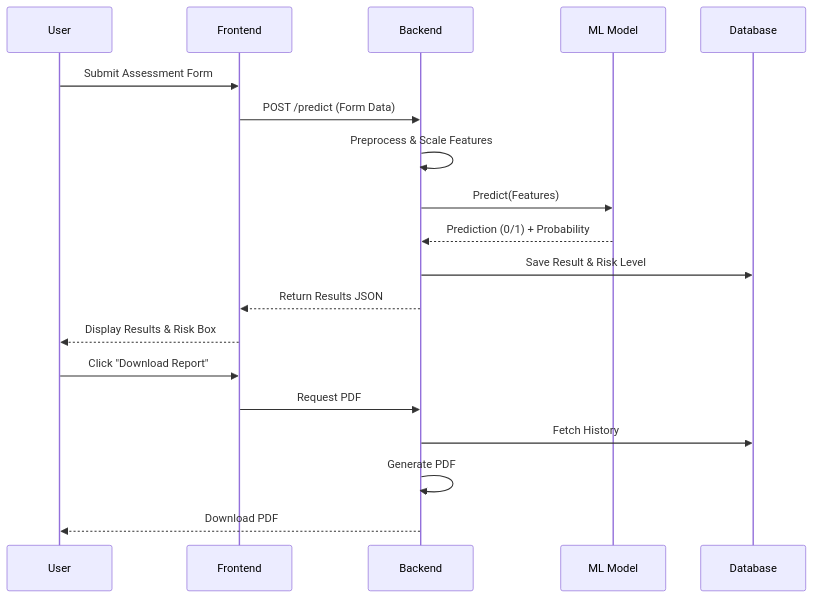
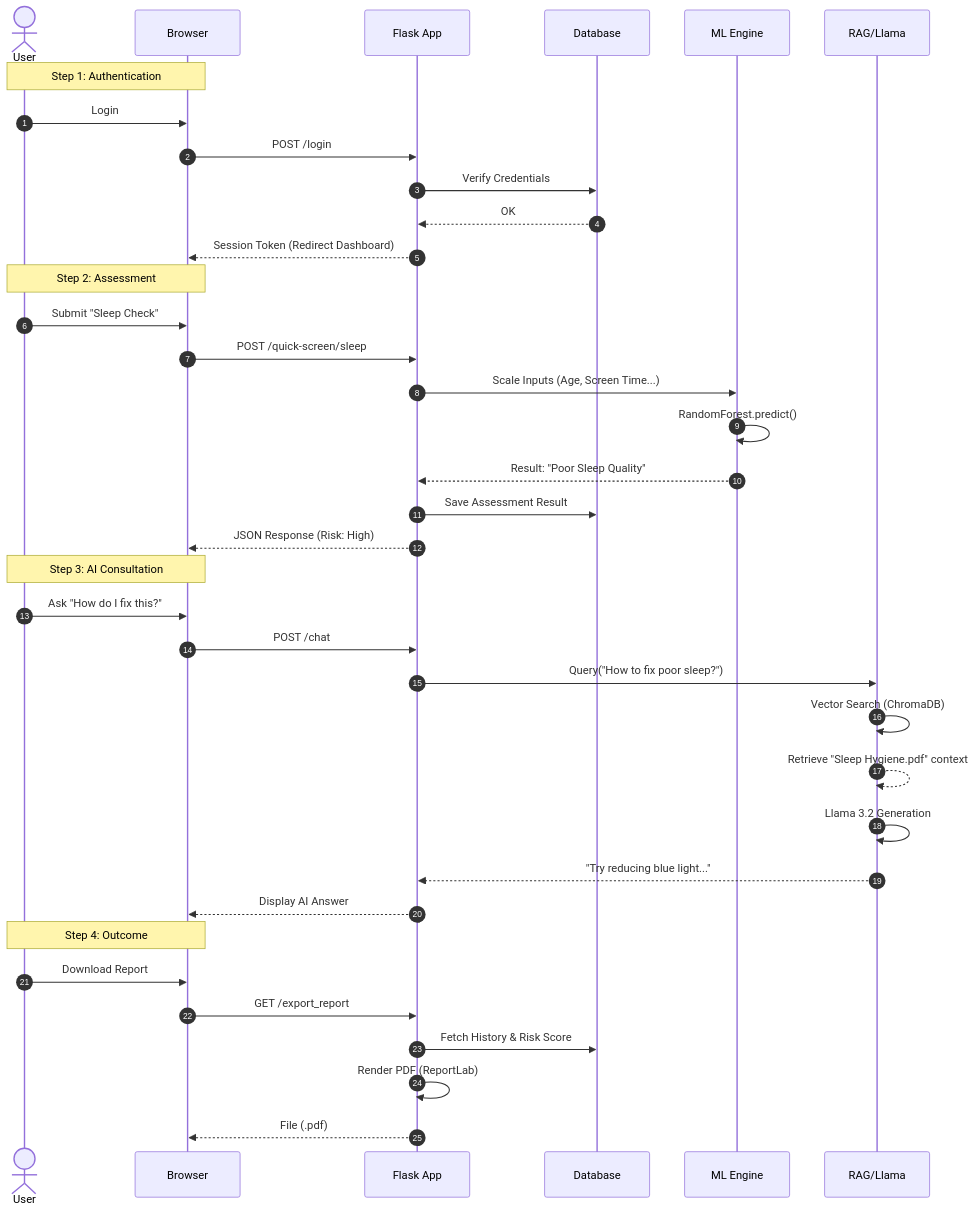
Before and after one commit to CHRISDANIEL145/Intelligent-Mental-Health-System: the third of 3 diagrams in PROJECT_REPORT.md, drawn with Mermaid. The commit also changed other lines of this file and 1 other file, not shown here.

Commit message:
Docs: Enhanced README and Project Report with Deep Dive Diagrams

````diff
--- a/PROJECT_REPORT.md
+++ b/PROJECT_REPORT.md
@@ -94,22 +123,43 @@
 ```mermaid
 sequenceDiagram
-    participant U as User
-    participant F as Frontend
-    participant B as Backend
-    participant M as ML Model
-    participant D as Database
+    autonumber
+    actor User
+    participant Browser
+    participant App as Flask App
+    participant DB as Database
+    participant ML as ML Engine
+    participant AI as RAG/Llama
 
-    U->>F: Submit Assessment Form
-    F->>B: POST /predict (Form Data)
-    B->>B: Preprocess & Scale Features
-    B->>M: Predict(Features)
-    M-->>B: Prediction (0/1) + Probability
-    B->>D: Save Result & Risk Level
-    B-->>F: Return Results JSON
-    F-->>U: Display Results & Risk Box
-    U->>F: Click "Download Report"
-    F->>B: Request PDF
-    B->>D: Fetch History
-    B->>B: Generate PDF
-    B-->>U: Download PDF
+    Note over User, Browser: Step 1: Authentication
+    User->>Browser: Login
+    Browser->>App: POST /login
+    App->>DB: Verify Credentials
+    DB-->>App: OK
+    App-->>Browser: Session Token (Redirect Dashboard)
+
+    Note over User, Browser: Step 2: Assessment
+    User->>Browser: Submit "Sleep Check"
+    Browser->>App: POST /quick-screen/sleep
+    App->>ML: Scale Inputs (Age, Screen Time...)
+    ML->>ML: RandomForest.predict()
+    ML-->>App: Result: "Poor Sleep Quality"
+    App->>DB: Save Assessment Result
+    App-->>Browser: JSON Response (Risk: High)
+
+    Note over User, Browser: Step 3: AI Consultation
+    User->>Browser: Ask "How do I fix this?"
+    Browser->>App: POST /chat
+    App->>AI: Query("How to fix poor sleep?")
+    AI->>AI: Vector Search (ChromaDB)
+    AI-->>AI: Retrieve "Sleep Hygiene.pdf" context
+    AI->>AI: Llama 3.2 Generation
+    AI-->>App: "Try reducing blue light..."
+    App-->>Browser: Display AI Answer
+
+    Note over User, Browser: Step 4: Outcome
+    User->>Browser: Download Report
+    Browser->>App: GET /export_report
+    App->>DB: Fetch History & Risk Score
+    App->>App: Render PDF (ReportLab)
+    App-->>Browser: File (.pdf)
 ```
````
